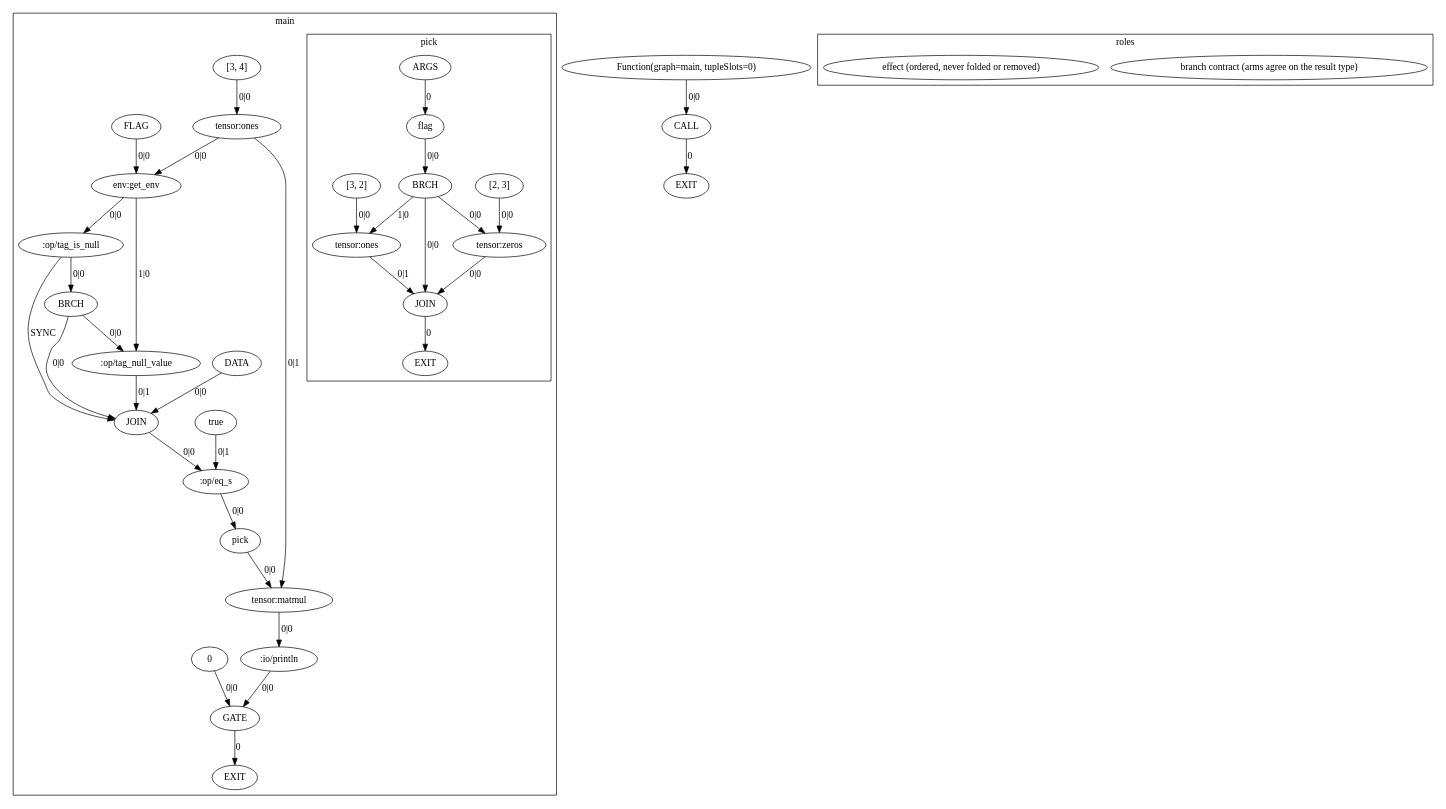
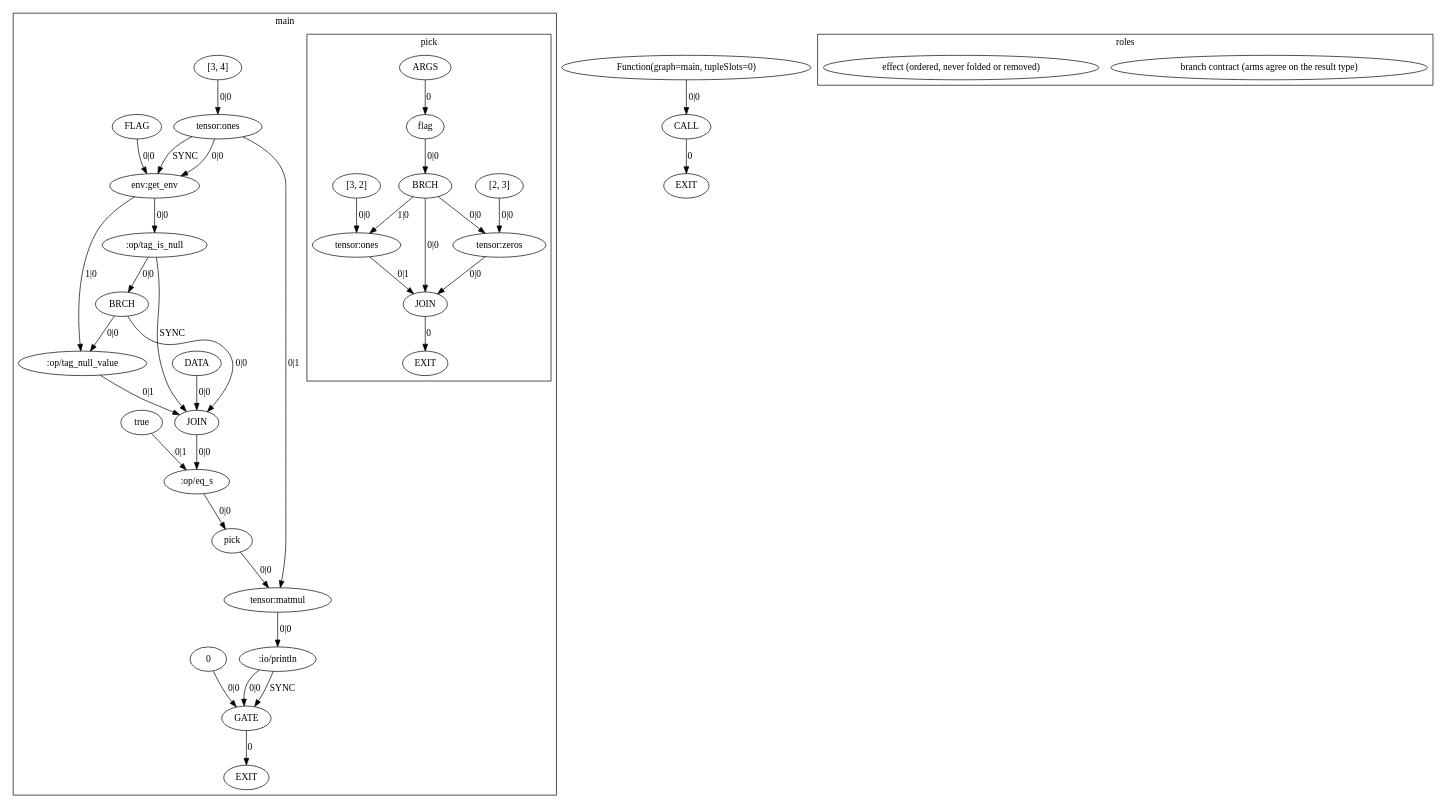
One commit to OpenCML/Camel changed the diagram in exemplars/02_branch_shape_contract/expected/dump.agir.dot. Above: the diagram before and after it, drawn with Graphviz. The commit also changed 47 other files, not shown here.

```diff
--- a/exemplars/02_branch_shape_contract/expected/dump.agir.dot
+++ b/exemplars/02_branch_shape_contract/expected/dump.agir.dot
@@ -1,74 +1,76 @@
 digraph GraphIR {
     subgraph cluster_F01 {
         label="main";
         subgraph cluster_F02 {
             label="pick";
             F02 [label="ARGS", type="ARGS"];
             O02 [label="EXIT", type="EXIT"];
             N00 [label="flag", type="PORT", param_name="flag", param_kind="normal", param_index="0", value_type="bool", origin=<ORIGIN>, span="11:10-11:20", srcfile="exemplars/02_branch_shape_contract/program.cml"];
             N01 [label="JOIN", type="JOIN", role="branch-contract", origin=<ORIGIN>, span="12:11-12:55", srcfile="exemplars/02_branch_shape_contract/program.cml", value_type="f32[?, ?]"];
             N02 [label="BRCH", type="BRCH", origin=<ORIGIN>, span="12:11-12:55", srcfile="exemplars/02_branch_shape_contract/program.cml", value_type="int"];
             N03 [label="[2, 3]", type="DATA", origin=<ORIGIN>, span="12:30-12:36", srcfile="exemplars/02_branch_shape_contract/program.cml", value_type="int[]"];
             N04 [label="tensor:zeros", type="OPER", origin=<ORIGIN>, span="12:24-12:29", srcfile="exemplars/02_branch_shape_contract/program.cml", value_type="f32[2, 3]"];
             N05 [label="[3, 2]", type="DATA", origin=<ORIGIN>, span="12:48-12:54", srcfile="exemplars/02_branch_shape_contract/program.cml", value_type="int[]"];
             N06 [label="tensor:ones", type="OPER", origin=<ORIGIN>, span="12:43-12:47", srcfile="exemplars/02_branch_shape_contract/program.cml", value_type="f32[3, 2]"];
             F02 -> N00 [label="0", type="NORM_PORT"];
             N01 -> O02 [label="0", type="EXIT"];
             N04 -> N01 [label="0|0", type="WITH"];
             N06 -> N01 [label="0|1", type="WITH"];
             N02 -> N01 [label="0|0", type="NORM"];
             N00 -> N02 [label="0|0", type="NORM"];
             N03 -> N04 [label="0|0", type="NORM"];
             N02 -> N04 [label="0|0", type="CTRL"];
             N05 -> N06 [label="0|0", type="NORM"];
             N02 -> N06 [label="1|0", type="CTRL"];
         }
         O01 [label="EXIT", type="EXIT"];
         N07 [label="[3, 4]", type="DATA", origin=<ORIGIN>, span="16:17-16:23", srcfile="exemplars/02_branch_shape_contract/program.cml", value_type="int[]"];
         N08 [label="tensor:ones", type="OPER", origin=<ORIGIN>, span="16:12-16:16", srcfile="exemplars/02_branch_shape_contract/program.cml", value_type="f32[3, 4]"];
         N09 [label="FLAG", type="DATA", origin=<ORIGIN>, span="17:26-17:32", srcfile="exemplars/02_branch_shape_contract/program.cml", value_type="string"];
         N0A [label="env:get_env", type="OPER", role="effect", origin=<ORIGIN>, span="17:18-17:25", srcfile="exemplars/02_branch_shape_contract/program.cml", value_type="string?"];
         N0B [label=":op/tag_is_null", type="OPER", origin=<ORIGIN>, span="17:34-17:36", srcfile="exemplars/02_branch_shape_contract/program.cml", value_type="bool"];
         N0C [label="DATA", type="DATA", origin=<ORIGIN>, span="17:37-17:39", srcfile="exemplars/02_branch_shape_contract/program.cml", value_type="string"];
         N0D [label=":op/tag_null_value", type="OPER", origin=<ORIGIN>, span="17:34-17:36", srcfile="exemplars/02_branch_shape_contract/program.cml", value_type="string"];
         N0E [label="JOIN", type="JOIN", role="branch-contract", origin=<ORIGIN>, span="17:34-17:36", srcfile="exemplars/02_branch_shape_contract/program.cml", value_type="string"];
         N0F [label="BRCH", type="BRCH", origin=<ORIGIN>, span="17:34-17:36", srcfile="exemplars/02_branch_shape_contract/program.cml", value_type="int"];
         N10 [label="true", type="DATA", origin=<ORIGIN>, span="17:44-17:50", srcfile="exemplars/02_branch_shape_contract/program.cml", value_type="string"];
         N11 [label=":op/eq_s", type="OPER", origin=<ORIGIN>, span="17:41-17:43", srcfile="exemplars/02_branch_shape_contract/program.cml", value_type="bool"];
         N12 [label="pick", type="FUNC", origin=<ORIGIN>, span="17:12-17:51", srcfile="exemplars/02_branch_shape_contract/program.cml", value_type="f32[..]"];
         N13 [label="tensor:matmul", type="OPER", origin=<ORIGIN>, span="17:52-17:53", srcfile="exemplars/02_branch_shape_contract/program.cml", value_type="f32[..]"];
         N14 [label=":io/println", type="OPER", role="effect", origin=<ORIGIN>, span="17:4-17:11", srcfile="exemplars/02_branch_shape_contract/program.cml", value_type="f32[..]"];
         N15 [label="0", type="DATA", origin=<ORIGIN>, span="18:11-18:12", srcfile="exemplars/02_branch_shape_contract/program.cml", value_type="int"];
         N16 [label="GATE", type="GATE", value_type="int"];
         N16 -> O01 [label="0", type="EXIT"];
         N07 -> N08 [label="0|0", type="NORM"];
         N09 -> N0A [label="0|0", type="NORM"];
         N08 -> N0A [label="0|0", type="CTRL"];
+        N08 -> N0A [label="SYNC", type="SYNC"];
         N0A -> N0B [label="0|0", type="NORM"];
         N0A -> N0D [label="1|0", type="NORM"];
         N0F -> N0D [label="0|0", type="CTRL"];
         N0C -> N0E [label="0|0", type="WITH"];
         N0D -> N0E [label="0|1", type="WITH"];
         N0F -> N0E [label="0|0", type="NORM"];
         N0B -> N0E [label="SYNC", type="SYNC"];
         N0B -> N0F [label="0|0", type="NORM"];
         N0E -> N11 [label="0|0", type="NORM"];
         N10 -> N11 [label="0|1", type="NORM"];
         N11 -> N12 [label="0|0", type="NORM"];
         N12 -> N13 [label="0|0", type="NORM"];
         N08 -> N13 [label="0|1", type="NORM"];
         N13 -> N14 [label="0|0", type="NORM"];
         N15 -> N16 [label="0|0", type="NORM"];
         N14 -> N16 [label="0|0", type="CTRL"];
+        N14 -> N16 [label="SYNC", type="SYNC"];
     }
     O00 [label="EXIT", type="EXIT"];
     N17 [label="Function(graph=main, tupleSlots=0)", type="DATA", origin=<ORIGIN>, span="15:0-19:1", srcfile="exemplars/02_branch_shape_contract/program.cml", value_type="() => int uses env, stdout"];
     N18 [label="CALL", type="CALL", value_type="int"];
     N18 -> O00 [label="0", type="EXIT"];
     N17 -> N18 [label="0|0", type="WITH"];
     subgraph cluster_legend {
         label="roles";
         "legend_branch-contract" [label="branch contract (arms agree on the result type)", type="LEGEND", role="branch-contract"];
         "legend_effect" [label="effect (ordered, never folded or removed)", type="LEGEND", role="effect"];
     }
 }
```
